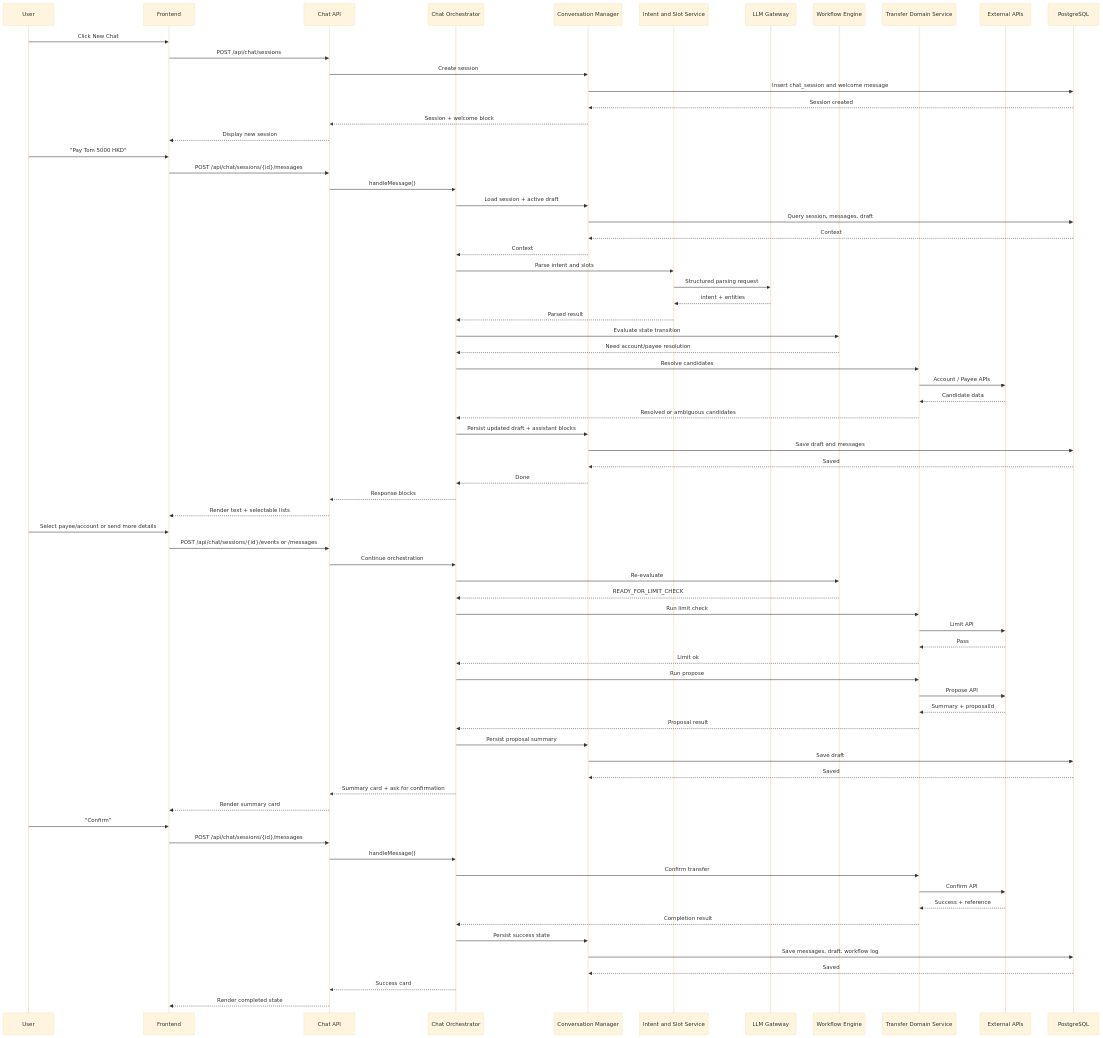
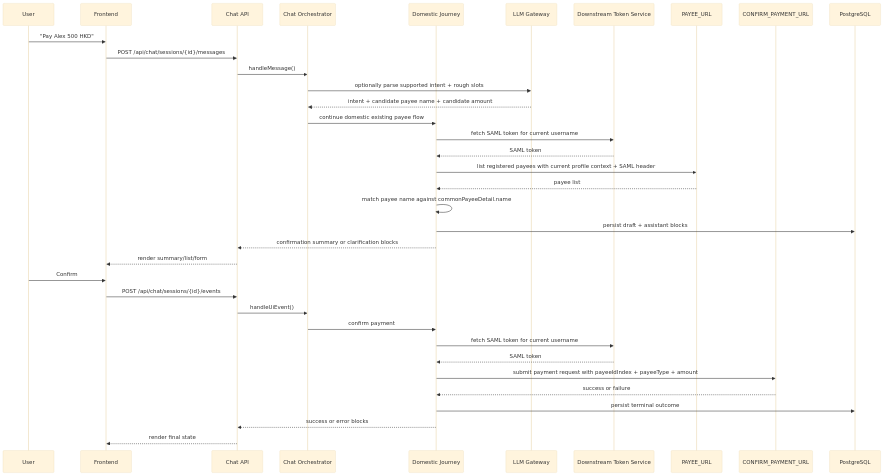
The third of 4 diagrams in docs/01-system_design.md (VictorZhong/chat2pay), drawn with Mermaid (base theme) before and after one commit. The commit also changed other lines of this file and 7 other files, not shown here.

````diff
--- a/docs/01-system_design.md
+++ b/docs/01-system_design.md
@@ -367,88 +396,38 @@
     participant FE as Frontend
     participant API as Chat API
     participant ORC as Chat Orchestrator
-    participant CM as Conversation Manager
-    participant IS as Intent and Slot Service
+    participant J as Domestic Journey
     participant LLM as LLM Gateway
-    participant WF as Workflow Engine
-    participant DS as Transfer Domain Service
-    participant EXT as External APIs
+    participant AUTH as Downstream Token Service
+    participant PAYEE as PAYEE_URL
+    participant CONFIRM as CONFIRM_PAYMENT_URL
     participant DB as PostgreSQL
 
-    U->>FE: Click New Chat
-    FE->>API: POST /api/chat/sessions
-    API->>CM: Create session
-    CM->>DB: Insert chat_session and welcome message
-    DB-->>CM: Session created
-    CM-->>API: Session + welcome block
-    API-->>FE: Display new session
-
-    U->>FE: "Pay Tom 5000 HKD"
+    U->>FE: "Pay Alex 500 HKD"
     FE->>API: POST /api/chat/sessions/{id}/messages
     API->>ORC: handleMessage()
+    ORC->>LLM: optionally parse supported intent + rough slots
+    LLM-->>ORC: intent + candidate payee name + candidate amount
+    ORC->>J: continue domestic existing payee flow
 
-    ORC->>CM: Load session + active draft
-    CM->>DB: Query session, messages, draft
-    DB-->>CM: Context
-    CM-->>ORC: Context
+    J->>AUTH: fetch SAML token for current username
+    AUTH-->>J: SAML token
+    J->>PAYEE: list registered payees with current profile context + SAML header
+    PAYEE-->>J: payee list
+    J->>J: match payee name against commonPayeeDetail.name
+    J->>DB: persist draft + assistant blocks
+    J-->>API: confirmation summary or clarification blocks
+    API-->>FE: render summary/list/form
 
-    ORC->>IS: Parse intent and slots
-    IS->>LLM: Structured parsing request
-    LLM-->>IS: intent + entities
-    IS-->>ORC: Parsed result
-
-    ORC->>WF: Evaluate state transition
-    WF-->>ORC: Need account/payee resolution
-
-    ORC->>DS: Resolve candidates
-    DS->>EXT: Account / Payee APIs
-    EXT-->>DS: Candidate data
-    DS-->>ORC: Resolved or ambiguous candidates
-
-    ORC->>CM: Persist updated draft + assistant blocks
-    CM->>DB: Save draft and messages
-    DB-->>CM: Saved
-    CM-->>ORC: Done
-    ORC-->>API: Response blocks
-    API-->>FE: Render text + selectable lists
-
-    U->>FE: Select payee/account or send more details
-    FE->>API: POST /api/chat/sessions/{id}/events or /messages
-    API->>ORC: Continue orchestration
-
-    ORC->>WF: Re-evaluate
-    WF-->>ORC: READY_FOR_LIMIT_CHECK
-
-    ORC->>DS: Run limit check
-    DS->>EXT: Limit API
-    EXT-->>DS: Pass
-    DS-->>ORC: Limit ok
-
-    ORC->>DS: Run propose
-    DS->>EXT: Propose API
-    EXT-->>DS: Summary + proposalId
-    DS-->>ORC: Proposal result
-
-    ORC->>CM: Persist proposal summary
-    CM->>DB: Save draft
-    DB-->>CM: Saved
-
-    ORC-->>API: Summary card + ask for confirmation
-    API-->>FE: Render summary card
-
-    U->>FE: "Confirm"
-    FE->>API: POST /api/chat/sessions/{id}/messages
-    API->>ORC: handleMessage()
-
-    ORC->>DS: Confirm transfer
-    DS->>EXT: Confirm API
-    EXT-->>DS: Success + reference
-    DS-->>ORC: Completion result
-
-    ORC->>CM: Persist success state
-    CM->>DB: Save messages, draft, workflow log
-    DB-->>CM: Saved
-
-    ORC-->>API: Success card
-    API-->>FE: Render completed state
+    U->>FE: Confirm
+    FE->>API: POST /api/chat/sessions/{id}/events
+    API->>ORC: handleUiEvent()
+    ORC->>J: confirm payment
+    J->>AUTH: fetch SAML token for current username
+    AUTH-->>J: SAML token
+    J->>CONFIRM: submit payment request with payeeIdIndex + payeeType + amount
+    CONFIRM-->>J: success or failure
+    J->>DB: persist terminal outcome
+    J-->>API: success or error blocks
+    API-->>FE: render final state
 ```
````
